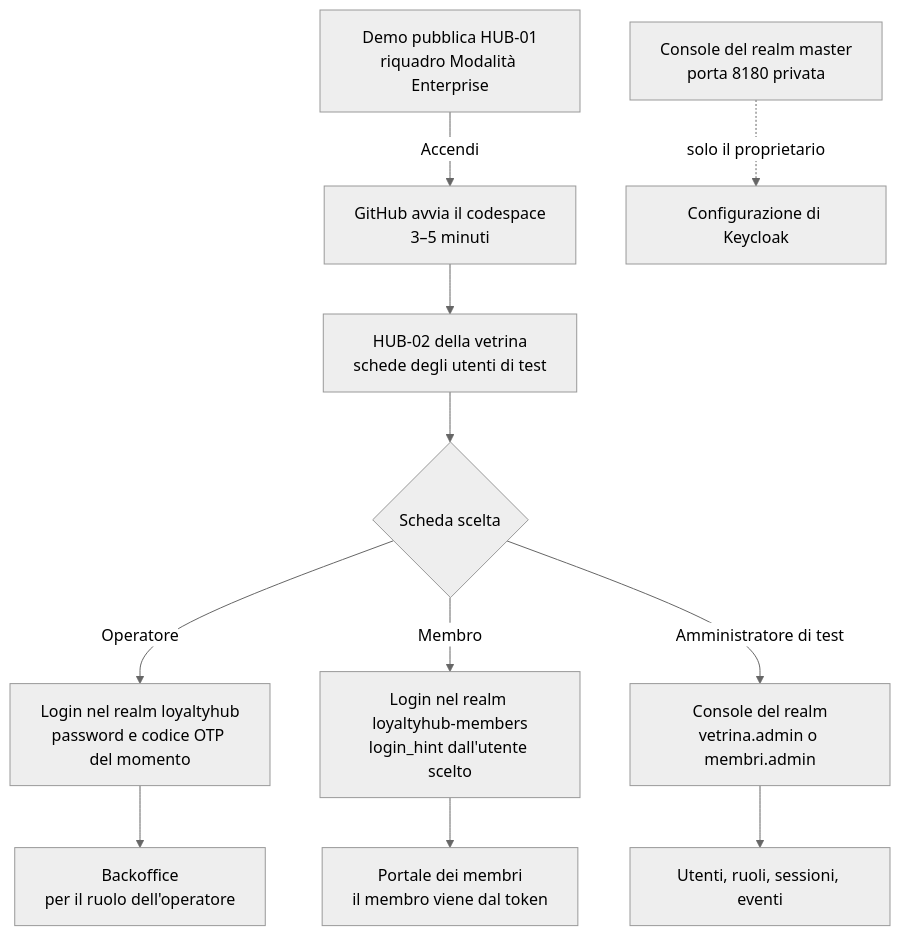
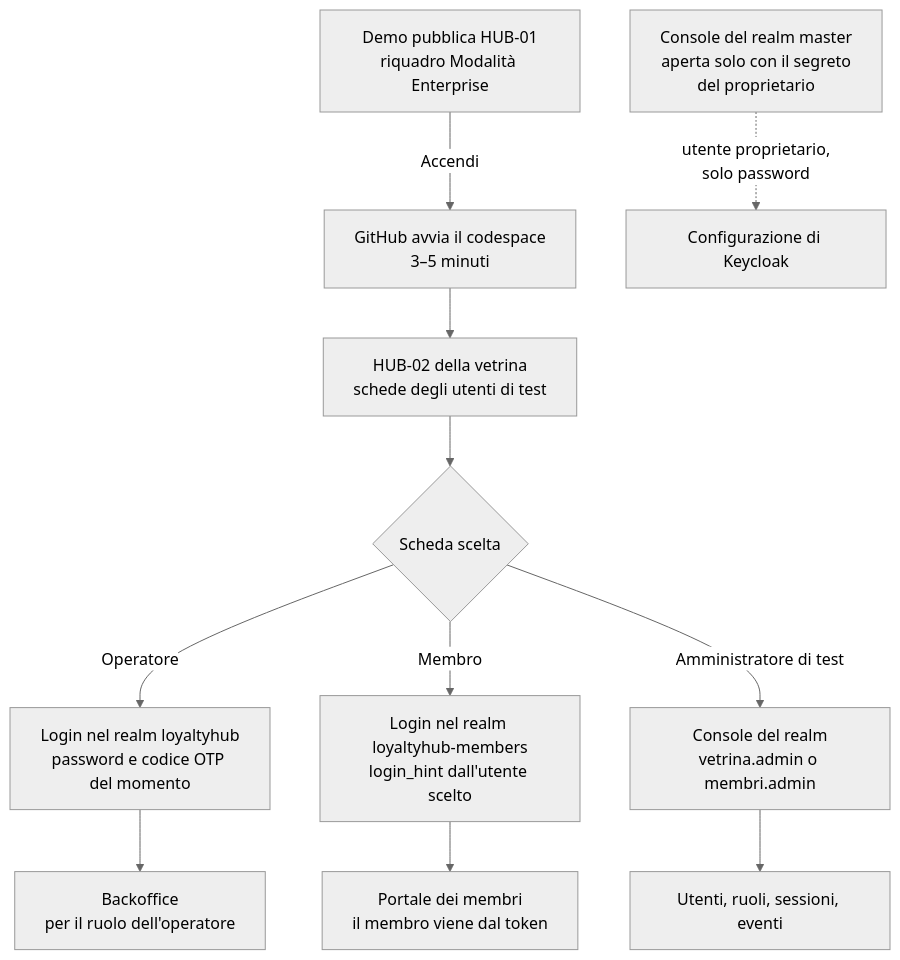
The fifth of 11 diagrams in concetti/vetrina-enterprise.mdx (peppe-ruv/Loyalty_Sys), drawn with Mermaid (neutral theme) before and after one commit. The commit also changed other lines of this file and 21 other files, not shown here.

````diff
--- a/concetti/vetrina-enterprise.mdx
+++ b/concetti/vetrina-enterprise.mdx
@@ -135,15 +136,15 @@
 ```mermaid
 flowchart TD
   accTitle: Percorso dal browser verso la vetrina enterprise
-  accDescr: Il visitatore parte dalla demo pubblica, accende la modalità Enterprise con il pulsante nel riquadro, attende l'avvio del codespace e arriva a HUB-02 della vetrina. Lì sceglie la scheda di un utente di test: l'operatore entra nel realm loyaltyhub con password e codice OTP del momento e arriva al backoffice, il membro entra nel realm loyaltyhub-members e arriva al portale, gli amministratori di test aprono la console del proprio realm. La console del realm master resta solo sulla porta privata del proprietario.
+  accDescr: Il visitatore parte dalla demo pubblica, accende la modalità Enterprise con il pulsante nel riquadro, attende l'avvio del codespace e arriva a HUB-02 della vetrina. Lì sceglie la scheda di un utente di test: l'operatore entra nel realm loyaltyhub con password e codice OTP del momento e arriva al backoffice, il membro entra nel realm loyaltyhub-members e arriva al portale, gli amministratori di test aprono la console del proprio realm. La console del realm master si apre dallo stesso indirizzo di Keycloak solo con il segreto del proprietario.
   A[Demo pubblica HUB-01<br/>riquadro Modalità Enterprise] -->|Accendi| B[GitHub avvia il codespace<br/>3–5 minuti]
   B --> C[HUB-02 della vetrina<br/>schede degli utenti di test]
   C --> D{Scheda scelta}
   D -->|Operatore| E[Login nel realm loyaltyhub<br/>password e codice OTP del momento]
   D -->|Membro| F[Login nel realm loyaltyhub-members<br/>login_hint dall'utente scelto]
   D -->|Amministratore di test| G[Console del realm<br/>vetrina.admin o membri.admin]
   E --> H[Backoffice<br/>per il ruolo dell'operatore]
   F --> I[Portale dei membri<br/>il membro viene dal token]
   G --> J[Utenti, ruoli, sessioni, eventi]
-  P[Console del realm master<br/>porta 8180 privata] -.->|solo il proprietario| K[Configurazione di Keycloak]
+  P[Console del realm master<br/>aperta solo con il segreto<br/>del proprietario] -.->|utente proprietario,<br/>solo password| K[Configurazione di Keycloak]
 ```
````
